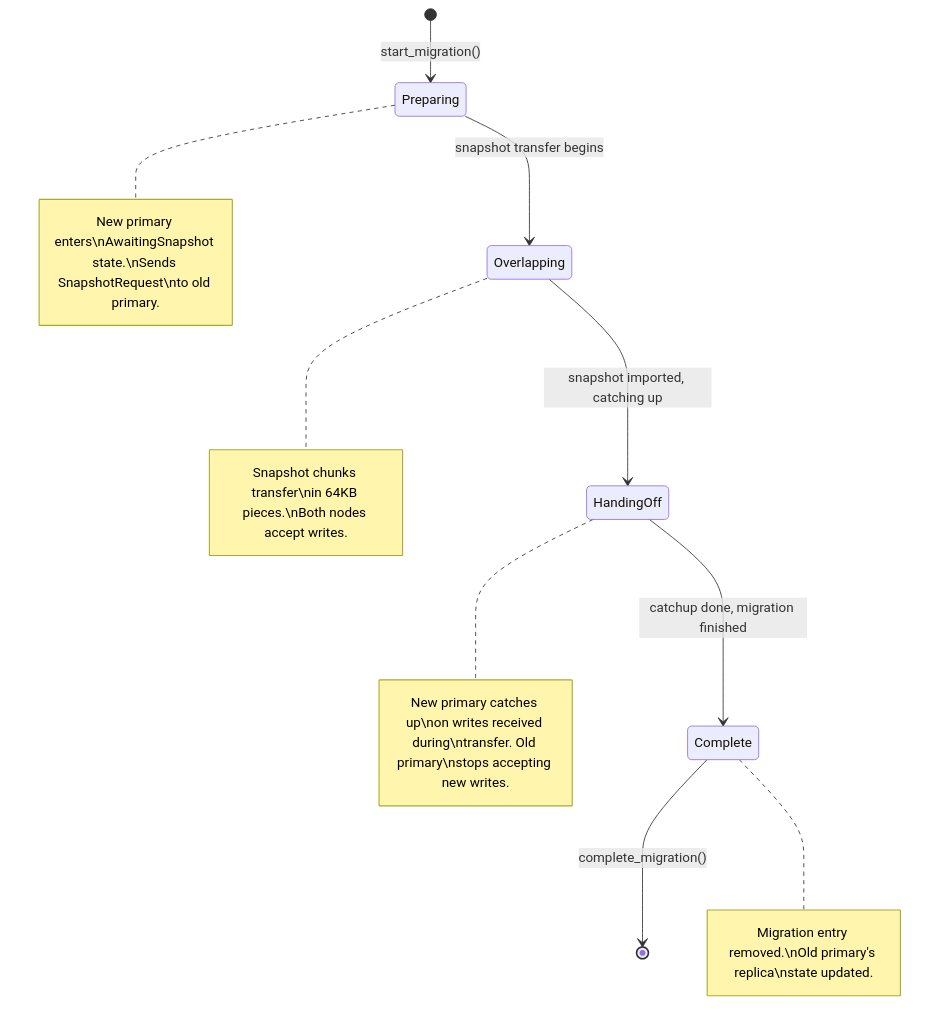
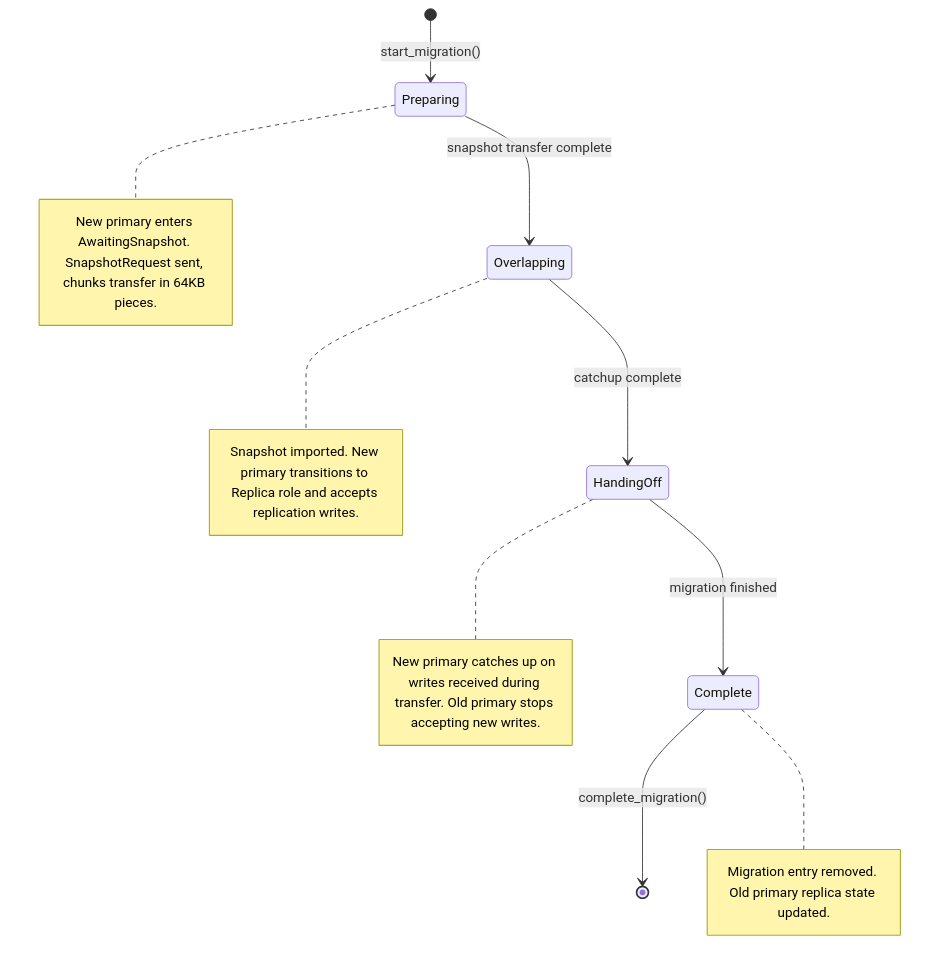
One commit to LabOverWire/MQDB changed the second of 2 diagrams in book/chapters/ch11-rebalancing.md. Above: the diagram before and after it, drawn with Mermaid. The commit also changed other lines of this file and 16 other files, not shown here.

First line of the commit message:
vault crash recovery, identity race condition, and schema init (#14)

````diff
--- a/book/chapters/ch11-rebalancing.md
+++ b/book/chapters/ch11-rebalancing.md
@@ -162,13 +162,13 @@
 ```mermaid
 stateDiagram-v2
     [*] --> Preparing : start_migration()
-    Preparing --> Overlapping : snapshot transfer begins
-    Overlapping --> HandingOff : snapshot imported, catching up
-    HandingOff --> Complete : catchup done, migration finished
+    Preparing --> Overlapping : snapshot transfer complete
+    Overlapping --> HandingOff : catchup complete
+    HandingOff --> Complete : migration finished
     Complete --> [*] : complete_migration()
 
-    note right of Preparing : New primary enters\nAwaitingSnapshot state.\nSends SnapshotRequest\nto old primary.
-    note right of Overlapping : Snapshot chunks transfer\nin 64KB pieces.\nBoth nodes accept writes.
-    note right of HandingOff : New primary catches up\non writes received during\ntransfer. Old primary\nstops accepting new writes.
-    note right of Complete : Migration entry removed.\nOld primary's replica\nstate updated.
+    note right of Preparing : New primary enters AwaitingSnapshot. SnapshotRequest sent, chunks transfer in 64KB pieces.
+    note right of Overlapping : Snapshot imported. New primary transitions to Replica role and accepts replication writes.
+    note right of HandingOff : New primary catches up on writes received during transfer. Old primary stops accepting new writes.
+    note right of Complete : Migration entry removed. Old primary replica state updated.
 ```
````
